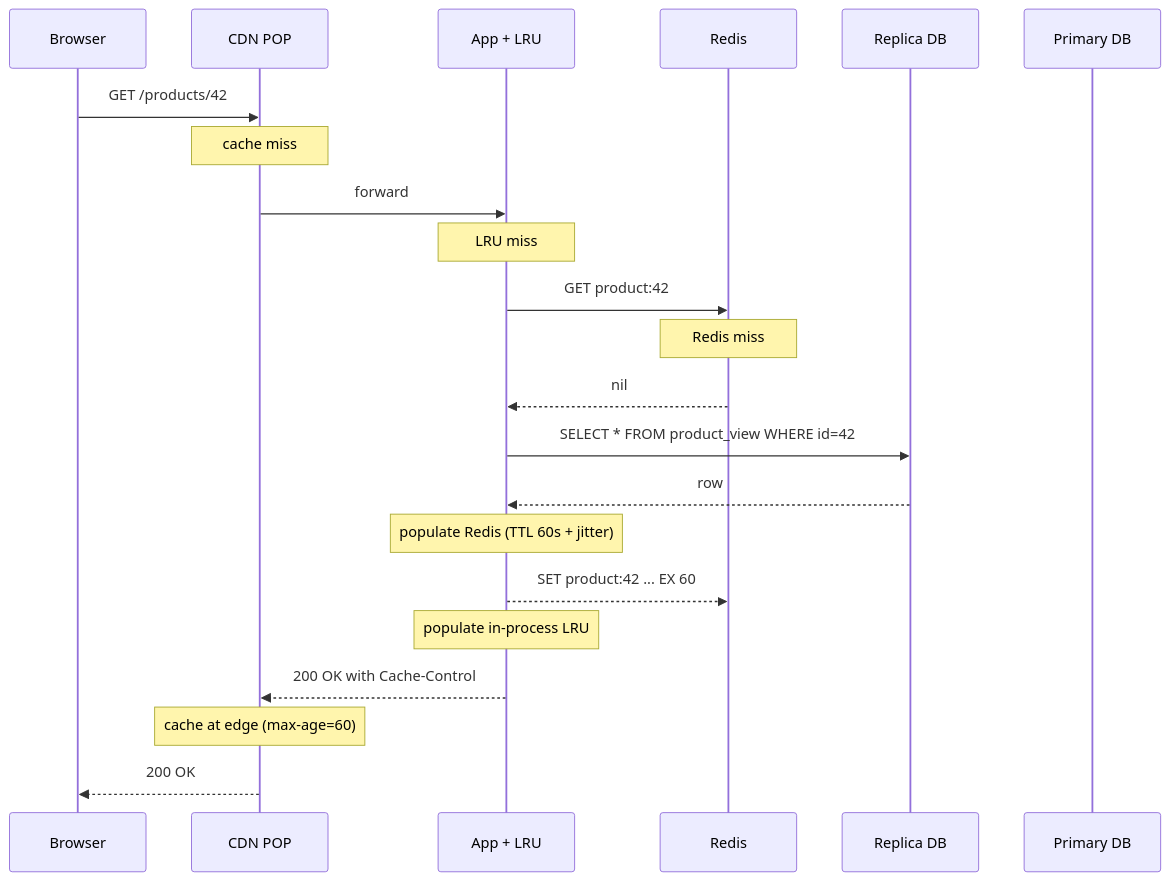
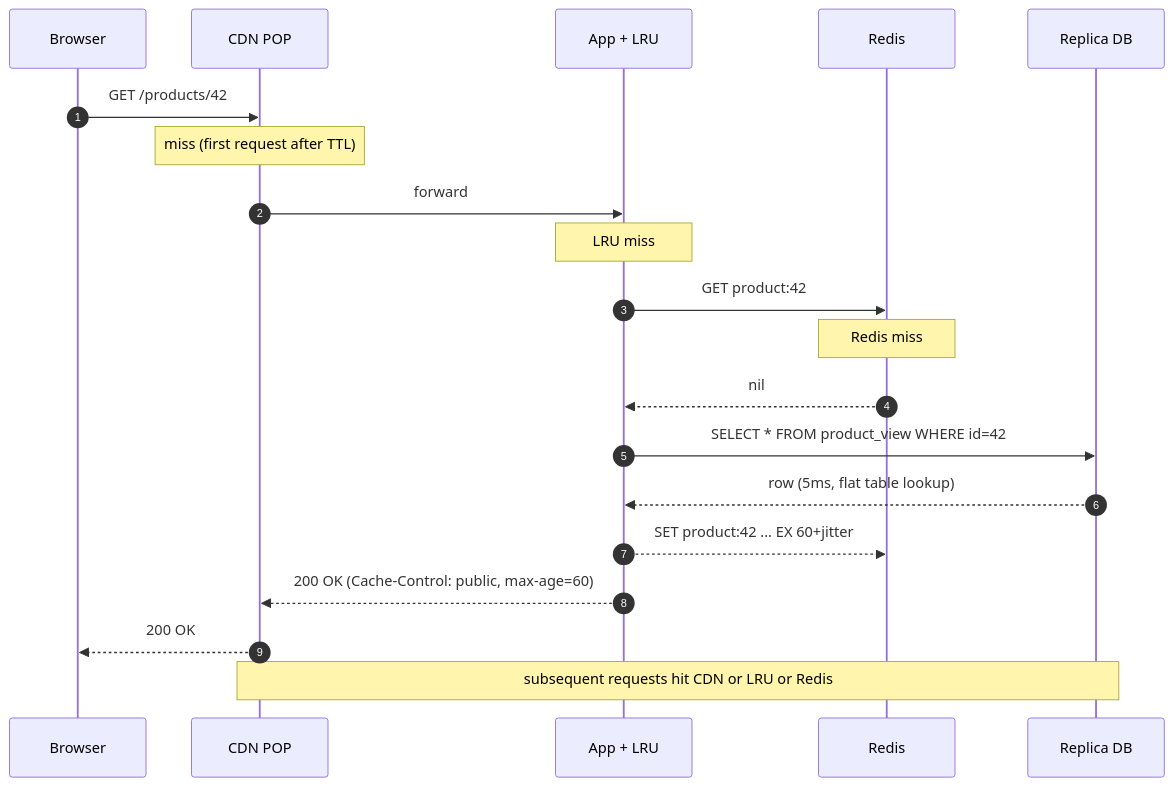
The ninth of 10 diagrams in problems/017-read-heavy-patterns/solution.md (shiningflash/system-design), drawn with Mermaid before and after one commit. The commit also changed other lines of this file and 38 other files, not shown here.

````diff
--- a/problems/017-read-heavy-patterns/solution.md
+++ b/problems/017-read-heavy-patterns/solution.md
@@ -334,25 +395,24 @@
 ```mermaid
 sequenceDiagram
+    autonumber
     participant B as Browser
     participant CDN as CDN POP
     participant App as App + LRU
     participant R as Redis
     participant Rep as Replica DB
-    participant P as Primary DB
 
     B->>CDN: GET /products/42
-    Note over CDN: cache miss
+    Note over CDN: miss (first request after TTL)
     CDN->>App: forward
     Note over App: LRU miss
     App->>R: GET product:42
     Note over R: Redis miss
     R-->>App: nil
     App->>Rep: SELECT * FROM product_view WHERE id=42
-    Rep-->>App: row
-    Note over App: populate Redis (TTL 60s + jitter)
-    App-->>R: SET product:42 ... EX 60
-    Note over App: populate in-process LRU
-    App-->>CDN: 200 OK with Cache-Control
-    Note over CDN: cache at edge (max-age=60)
+    Rep-->>App: row (5ms, flat table lookup)
+    App-->>R: SET product:42 ... EX 60+jitter
+    App-->>CDN: 200 OK (Cache-Control: public, max-age=60)
     CDN-->>B: 200 OK
+
+    Note over CDN,Rep: subsequent requests hit CDN or LRU or Redis
 ```
````
